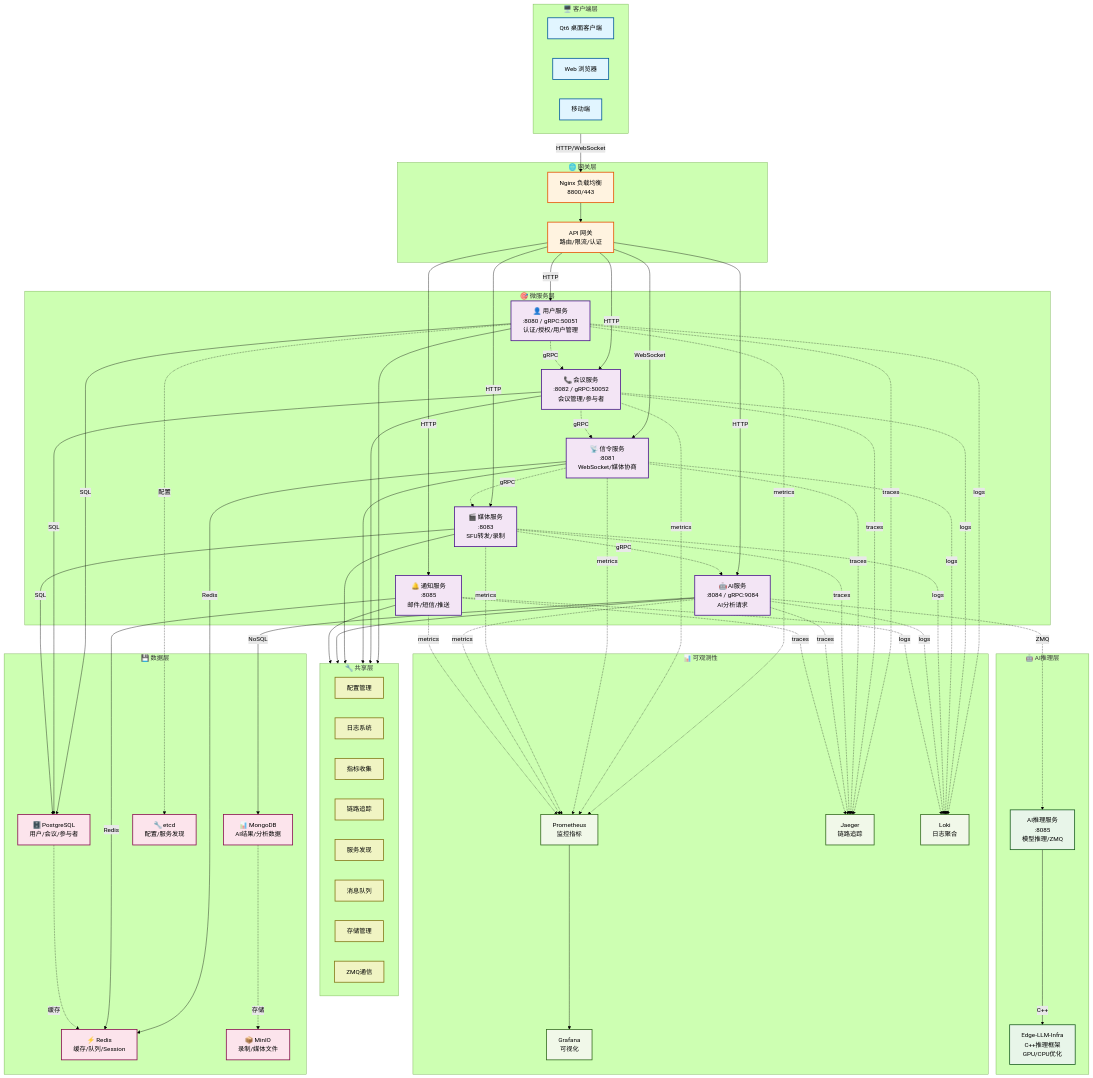
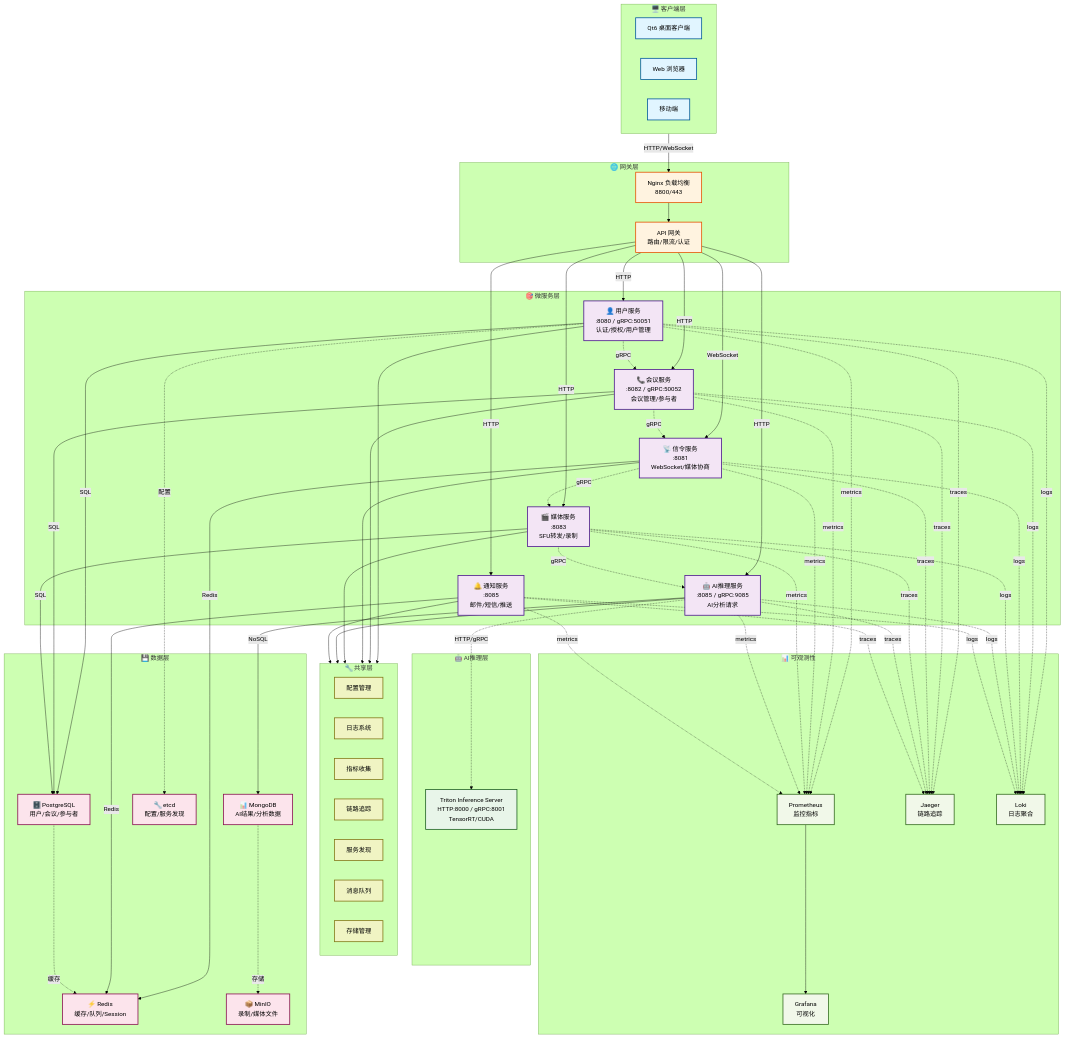
The first of 4 diagrams in meeting-system/docs/BACKEND_ARCHITECTURE.md (gugugu5331/VideoCall-System), drawn with Mermaid (forest theme) before and after one commit. The commit also changed other lines of this file and 161 other files, not shown here.

````diff
--- a/meeting-system/docs/BACKEND_ARCHITECTURE.md
+++ b/meeting-system/docs/BACKEND_ARCHITECTURE.md
@@ -20,7 +20,7 @@
         MeetingSvc["📞 会议服务<br/>:8082 / gRPC:50052<br/>会议管理/参与者"]
         SignalSvc["📡 信令服务<br/>:8081<br/>WebSocket/媒体协商"]
         MediaSvc["🎬 媒体服务<br/>:8083<br/>SFU转发/录制"]
-        AISvc["🤖 AI服务<br/>:8084 / gRPC:9084<br/>AI分析请求"]
+        AISvc["🤖 AI推理服务<br/>:8085 / gRPC:9085<br/>AI分析请求"]
         NotifySvc["🔔 通知服务<br/>:8085<br/>邮件/短信/推送"]
     end
 
@@ -32,12 +32,10 @@
         Discovery["服务发现"]
         Queue["消息队列"]
         Storage["存储管理"]
-        ZMQ["ZMQ通信"]
     end
 
     subgraph AILayer["🤖 AI推理层"]
-        AIInference["AI推理服务<br/>:8085<br/>模型推理/ZMQ"]
-        EdgeLLM["Edge-LLM-Infra<br/>C++推理框架<br/>GPU/CPU优化"]
+        AIInference["Triton Inference Server<br/>HTTP:8000 / gRPC:8001<br/>TensorRT/CUDA"]
     end
 
     subgraph DataLayer["💾 数据层"]
@@ -69,8 +67,7 @@
     MeetingSvc -.->|gRPC| SignalSvc
     SignalSvc -.->|gRPC| MediaSvc
     MediaSvc -.->|gRPC| AISvc
-    AISvc -.->|ZMQ| AIInference
-    AIInference -->|C++| EdgeLLM
+    AISvc -.->|HTTP/gRPC| AIInference
 
     UserSvc --> SharedLayer
     MeetingSvc --> SharedLayer
@@ -124,8 +121,8 @@
     class Qt6,Web,Mobile client
     class Nginx,APIGateway gateway
     class UserSvc,MeetingSvc,SignalSvc,MediaSvc,AISvc,NotifySvc service
-    class Config,Logger,Metrics,Tracing,Discovery,Queue,Storage,ZMQ shared
-    class AIInference,EdgeLLM ai
+    class Config,Logger,Metrics,Tracing,Discovery,Queue,Storage shared
+    class AIInference ai
     class PostgreSQL,Redis,MongoDB,MinIO,Etcd data
     class Prometheus,Grafana,Jaeger,Loki obs
 ```
````
